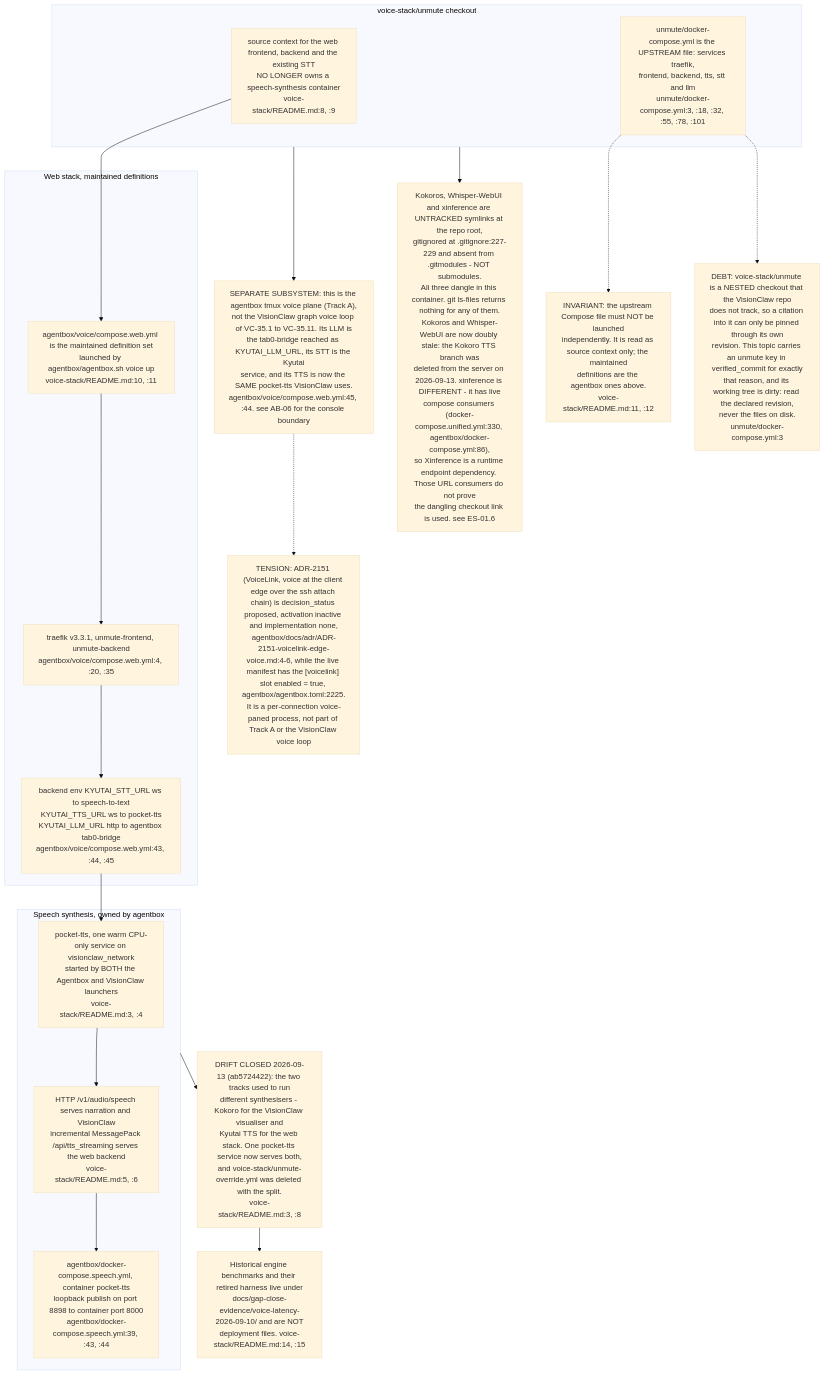
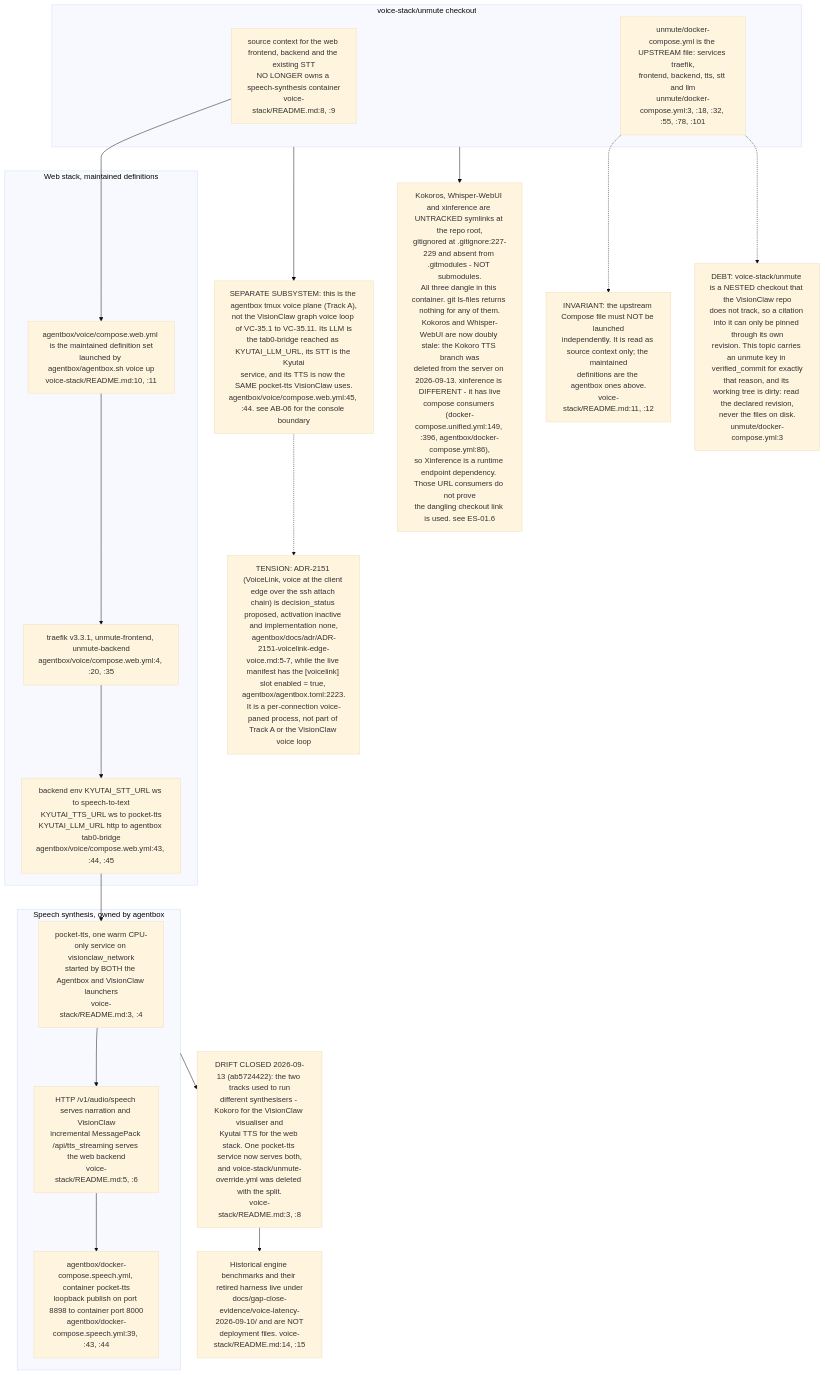
Before and after one commit to DreamLab-AI/VisionFlow: the tenth of 12 diagrams in docs/diagrams/visionclaw/35-voice-end-to-end.md, drawn with Mermaid (base theme). The commit also changed other lines of this file and 145 other files, not shown here.

````diff
--- a/docs/diagrams/visionclaw/35-voice-end-to-end.md
+++ b/docs/diagrams/visionclaw/35-voice-end-to-end.md
@@ -476,35 +479,35 @@
 ```mermaid
 flowchart TB
     subgraph owned["Speech synthesis, owned by agentbox"]
         P1["pocket-tts, one warm CPU-only service on visionclaw_network<br/>started by BOTH the Agentbox and VisionClaw launchers<br/>voice-stack/README.md:3, :4"]
         P2["HTTP /v1/audio/speech serves narration and VisionClaw<br/>incremental MessagePack /api/tts_streaming serves the web backend<br/>voice-stack/README.md:5, :6"]
         P3["agentbox/docker-compose.speech.yml, container pocket-tts<br/>loopback publish on port 8898 to container port 8000<br/>agentbox/docker-compose.speech.yml:39, :43, :44"]
     end
     subgraph web["Web stack, maintained definitions"]
         W1["agentbox/voice/compose.web.yml is the maintained definition set<br/>launched by agentbox/agentbox.sh voice up<br/>voice-stack/README.md:10, :11"]
         W2["traefik v3.3.1, unmute-frontend, unmute-backend<br/>agentbox/voice/compose.web.yml:4, :20, :35"]
         W3["backend env KYUTAI_STT_URL ws to speech-to-text<br/>KYUTAI_TTS_URL ws to pocket-tts<br/>KYUTAI_LLM_URL http to agentbox tab0-bridge<br/>agentbox/voice/compose.web.yml:43, :44, :45"]
     end
     subgraph legacy["voice-stack/unmute checkout"]
         U1["source context for the web frontend, backend and the existing STT<br/>NO LONGER owns a speech-synthesis container<br/>voice-stack/README.md:8, :9"]
         U2["unmute/docker-compose.yml is the UPSTREAM file: services traefik,<br/>frontend, backend, tts, stt and llm<br/>unmute/docker-compose.yml:3, :18, :32, :55, :78, :101"]
     end
     P1 --> P2 --> P3
     W1 --> W2 --> W3
     W3 --> P1
     U1 --> W1
     U2 -.-> INV
     INV["INVARIANT: the upstream Compose file must NOT be launched<br/>independently. It is read as source context only; the maintained<br/>definitions are the agentbox ones above.<br/>voice-stack/README.md:11, :12"]
     U2 -.-> UNPIN
     UNPIN["DEBT: voice-stack/unmute is a NESTED checkout that the VisionClaw repo<br/>does not track, so a citation into it can only be pinned through its own<br/>revision. This topic carries an unmute key in verified_commit for exactly<br/>that reason, and its working tree is dirty: read the declared revision,<br/>never the files on disk.<br/>unmute/docker-compose.yml:3"]
     legacy --> SEP
-    VL["TENSION: ADR-2151 (VoiceLink, voice at the client edge over the ssh attach chain) is decision_status proposed, activation inactive and implementation none,<br/>agentbox/docs/adr/ADR-2151-voicelink-edge-voice.md:4-6, while the live manifest has the [voicelink] slot enabled = true, agentbox/agentbox.toml:2225.<br/>It is a per-connection voice-paned process, not part of Track A or the VisionClaw voice loop"]
+    VL["TENSION: ADR-2151 (VoiceLink, voice at the client edge over the ssh attach chain) is decision_status proposed, activation inactive and implementation none,<br/>agentbox/docs/adr/ADR-2151-voicelink-edge-voice.md:5-7, while the live manifest has the [voicelink] slot enabled = true, agentbox/agentbox.toml:2223.<br/>It is a per-connection voice-paned process, not part of Track A or the VisionClaw voice loop"]
     SEP -.-> VL
     SEP["SEPARATE SUBSYSTEM: this is the agentbox tmux voice plane (Track A),<br/>not the VisionClaw graph voice loop of VC-35.1 to VC-35.11. Its LLM is<br/>the tab0-bridge reached as KYUTAI_LLM_URL, its STT is the Kyutai<br/>service, and its TTS is now the SAME pocket-tts VisionClaw uses.<br/>agentbox/voice/compose.web.yml:45, :44. see AB-06 for the console boundary"]
     owned --> CONV
     CONV["DRIFT CLOSED 2026-09-13 (ab5724422): the two tracks used to run<br/>different synthesisers - Kokoro for the VisionClaw visualiser and<br/>Kyutai TTS for the web stack. One pocket-tts service now serves both,<br/>and voice-stack/unmute-override.yml was deleted with the split.<br/>voice-stack/README.md:3, :8"]
-    DIV["Kokoros, Whisper-WebUI and xinference are UNTRACKED symlinks at the repo root,<br/>gitignored at .gitignore:227-229 and absent from .gitmodules - NOT submodules.<br/>All three dangle in this container. git ls-files returns nothing for any of them.<br/>Kokoros and Whisper-WebUI are now doubly stale: the Kokoro TTS branch was<br/>deleted from the server on 2026-09-13. xinference is DIFFERENT - it has live<br/>compose consumers (docker-compose.unified.yml:330, agentbox/docker-compose.yml:86),<br/>so Xinference is a runtime endpoint dependency. Those URL consumers do not prove<br/>the dangling checkout link is used. see ES-01.6"]
+    DIV["Kokoros, Whisper-WebUI and xinference are UNTRACKED symlinks at the repo root,<br/>gitignored at .gitignore:227-229 and absent from .gitmodules - NOT submodules.<br/>All three dangle in this container. git ls-files returns nothing for any of them.<br/>Kokoros and Whisper-WebUI are now doubly stale: the Kokoro TTS branch was<br/>deleted from the server on 2026-09-13. xinference is DIFFERENT - it has live<br/>compose consumers (docker-compose.unified.yml:149, :396, agentbox/docker-compose.yml:86),<br/>so Xinference is a runtime endpoint dependency. Those URL consumers do not prove<br/>the dangling checkout link is used. see ES-01.6"]
     legacy --> DIV
     HIST["Historical engine benchmarks and their retired harness live under<br/>docs/gap-close-evidence/voice-latency-2026-09-10/ and are NOT<br/>deployment files. voice-stack/README.md:14, :15"]
     CONV --> HIST
 ```
````
